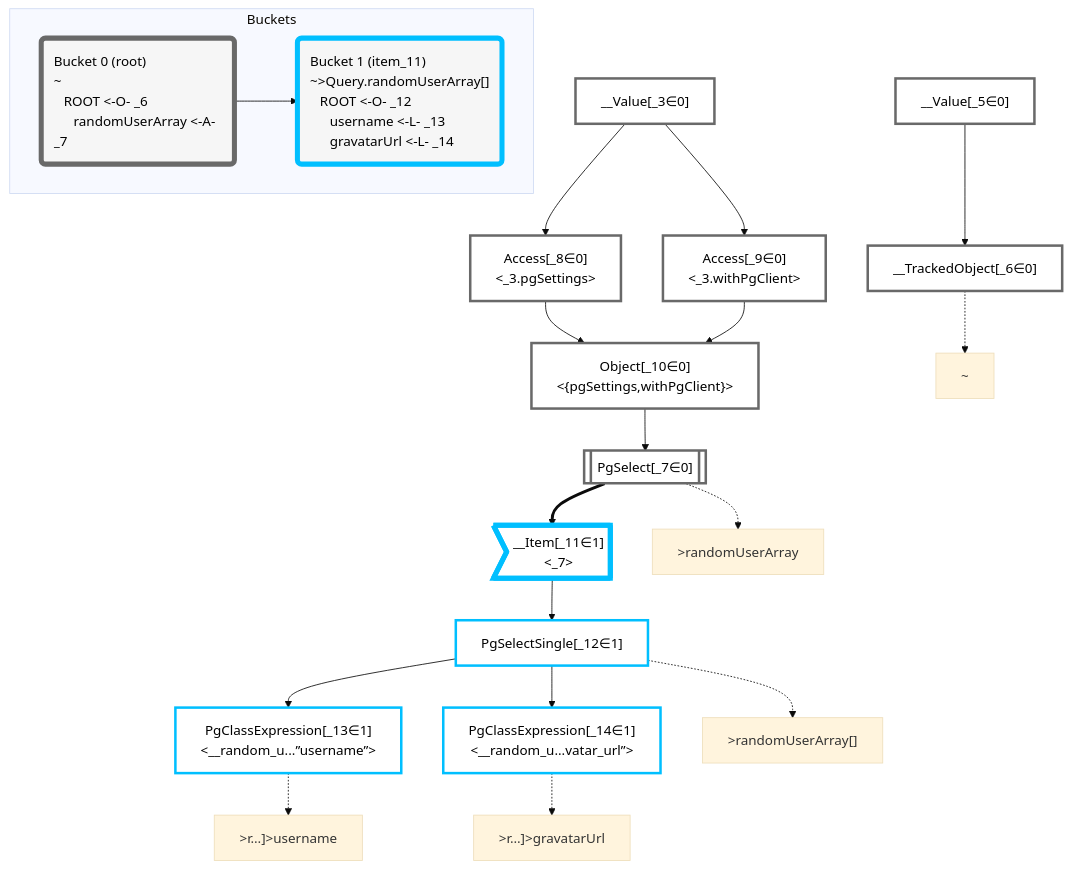
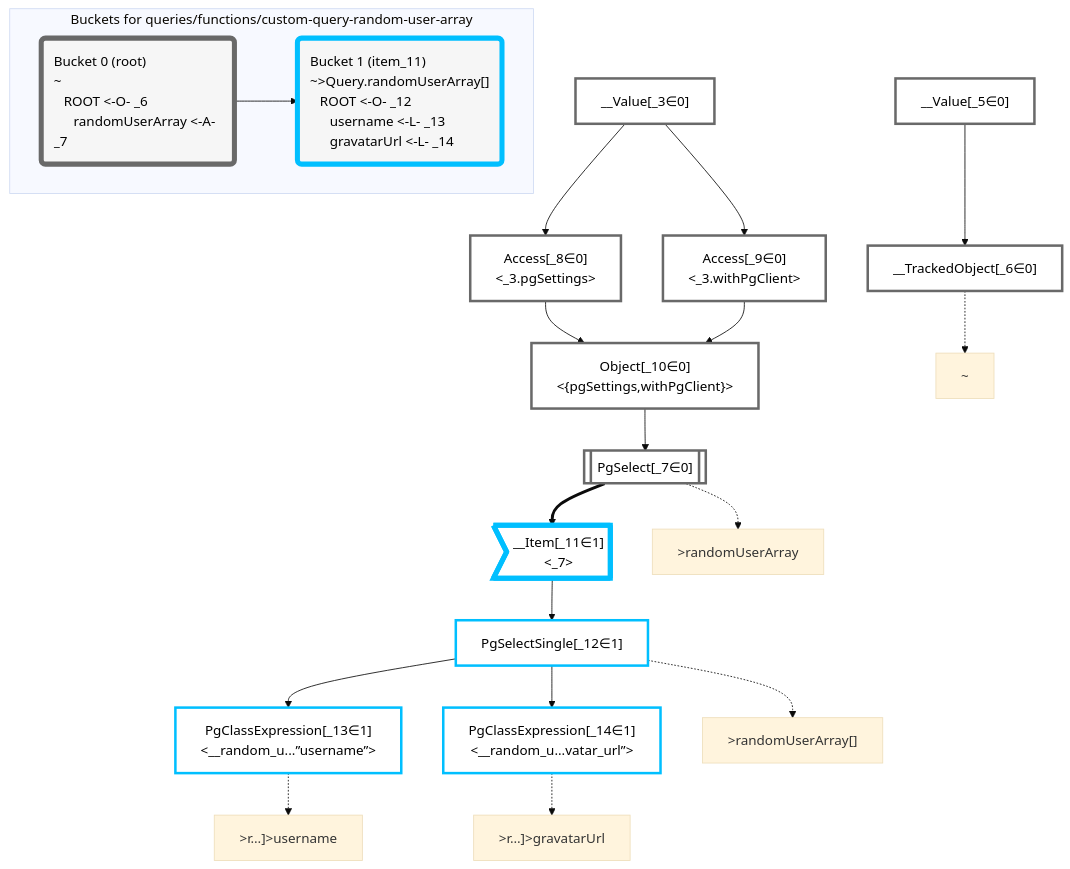
The diagram in packages/dataplan-pg/__tests__/queries/functions/custom-query-random-user-array.mermaid.md (graphile/crystal), drawn with Mermaid (base theme) before and after one commit. The commit also changed 195 other files, not shown here.

````diff
--- a/packages/dataplan-pg/__tests__/queries/functions/custom-query-random-user-array.mermaid.md
+++ b/packages/dataplan-pg/__tests__/queries/functions/custom-query-random-user-array.mermaid.md
@@ -1,60 +1,60 @@
 ```mermaid
 graph TD
     classDef path fill:#eee,stroke:#000,color:#000
     classDef plan fill:#fff,stroke-width:3px,color:#000
     classDef itemplan fill:#fff,stroke-width:6px,color:#000
     classDef sideeffectplan fill:#f00,stroke-width:6px,color:#000
     classDef bucket fill:#f6f6f6,color:#000,stroke-width:6px,text-align:left
 
 
     %% define plans
     __Value_3["__Value[_3∈0]<br /><context>"]:::plan
     __Value_5["__Value[_5∈0]<br /><rootValue>"]:::plan
     __TrackedObject_6["__TrackedObject[_6∈0]"]:::plan
     PgSelect_7[["PgSelect[_7∈0]<br /><random_user_array>"]]:::plan
     Access_8["Access[_8∈0]<br /><_3.pgSettings>"]:::plan
     Access_9["Access[_9∈0]<br /><_3.withPgClient>"]:::plan
     Object_10["Object[_10∈0]<br /><{pgSettings,withPgClient}>"]:::plan
     __Item_11>"__Item[_11∈1]<br /><_7>"]:::itemplan
     PgSelectSingle_12["PgSelectSingle[_12∈1]<br /><random_user_array>"]:::plan
     PgClassExpression_13["PgClassExpression[_13∈1]<br /><__random_u...”username”>"]:::plan
     PgClassExpression_14["PgClassExpression[_14∈1]<br /><__random_u...vatar_url”>"]:::plan
 
     %% plan dependencies
     __Value_5 --> __TrackedObject_6
     Object_10 --> PgSelect_7
     __Value_3 --> Access_8
     __Value_3 --> Access_9
     Access_8 --> Object_10
     Access_9 --> Object_10
     PgSelect_7 ==> __Item_11
     __Item_11 --> PgSelectSingle_12
     PgSelectSingle_12 --> PgClassExpression_13
     PgSelectSingle_12 --> PgClassExpression_14
 
     %% plan-to-path relationships
     P_6["~"]
     __TrackedObject_6 -.-> P_6
     P_7[">randomUserArray"]
     PgSelect_7 -.-> P_7
     P_12[">randomUserArray[]"]
     PgSelectSingle_12 -.-> P_12
     P_13[">r…]>username"]
     PgClassExpression_13 -.-> P_13
     P_14[">r…]>gravatarUrl"]
     PgClassExpression_14 -.-> P_14
 
     %% allocate buckets
     classDef bucket0 stroke:#696969
     class __Value_3,__Value_5,__TrackedObject_6,PgSelect_7,Access_8,Access_9,Object_10 bucket0
     classDef bucket1 stroke:#00bfff
     class __Item_11,PgSelectSingle_12,PgClassExpression_13,PgClassExpression_14 bucket1
 
-    subgraph Buckets
+    subgraph "Buckets for queries/functions/custom-query-random-user-array"
     Bucket0("Bucket 0 (root)<br />~<br />⠀ROOT <-O- _6<br />⠀⠀randomUserArray <-A- _7"):::bucket
     style Bucket0 stroke:#696969
     Bucket1("Bucket 1 (item_11)<br />~>Query.randomUserArray[]<br />⠀ROOT <-O- _12<br />⠀⠀username <-L- _13<br />⠀⠀gravatarUrl <-L- _14"):::bucket
     style Bucket1 stroke:#00bfff
     Bucket0 --> Bucket1
     end
 ```
````
